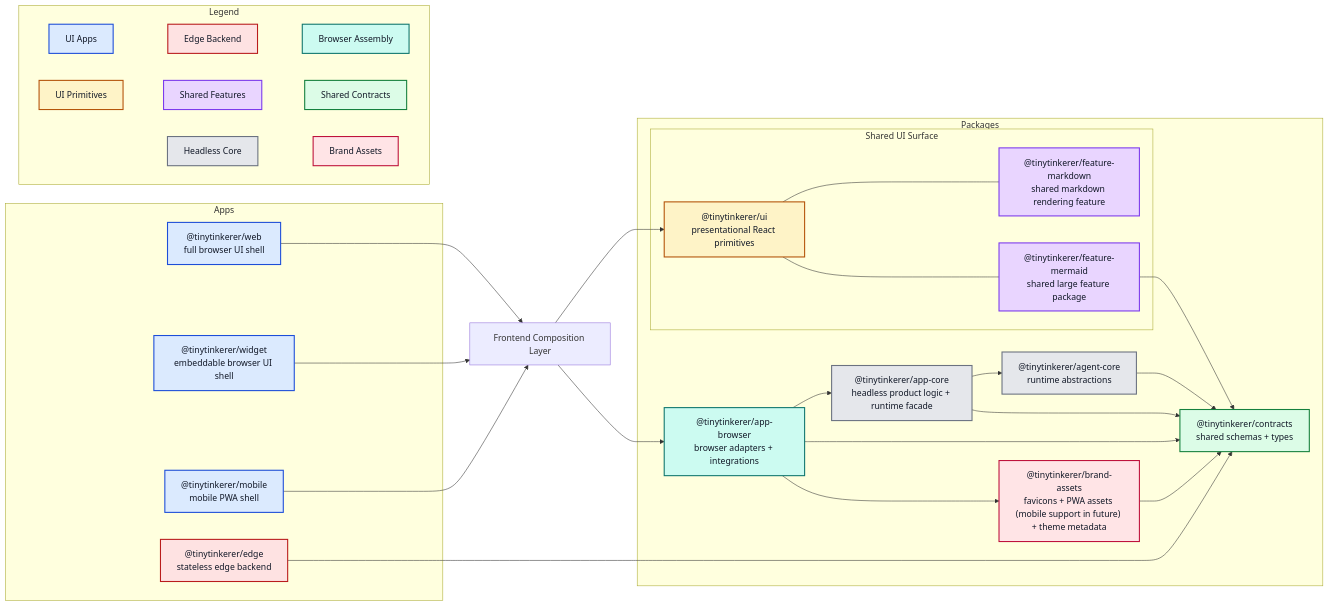
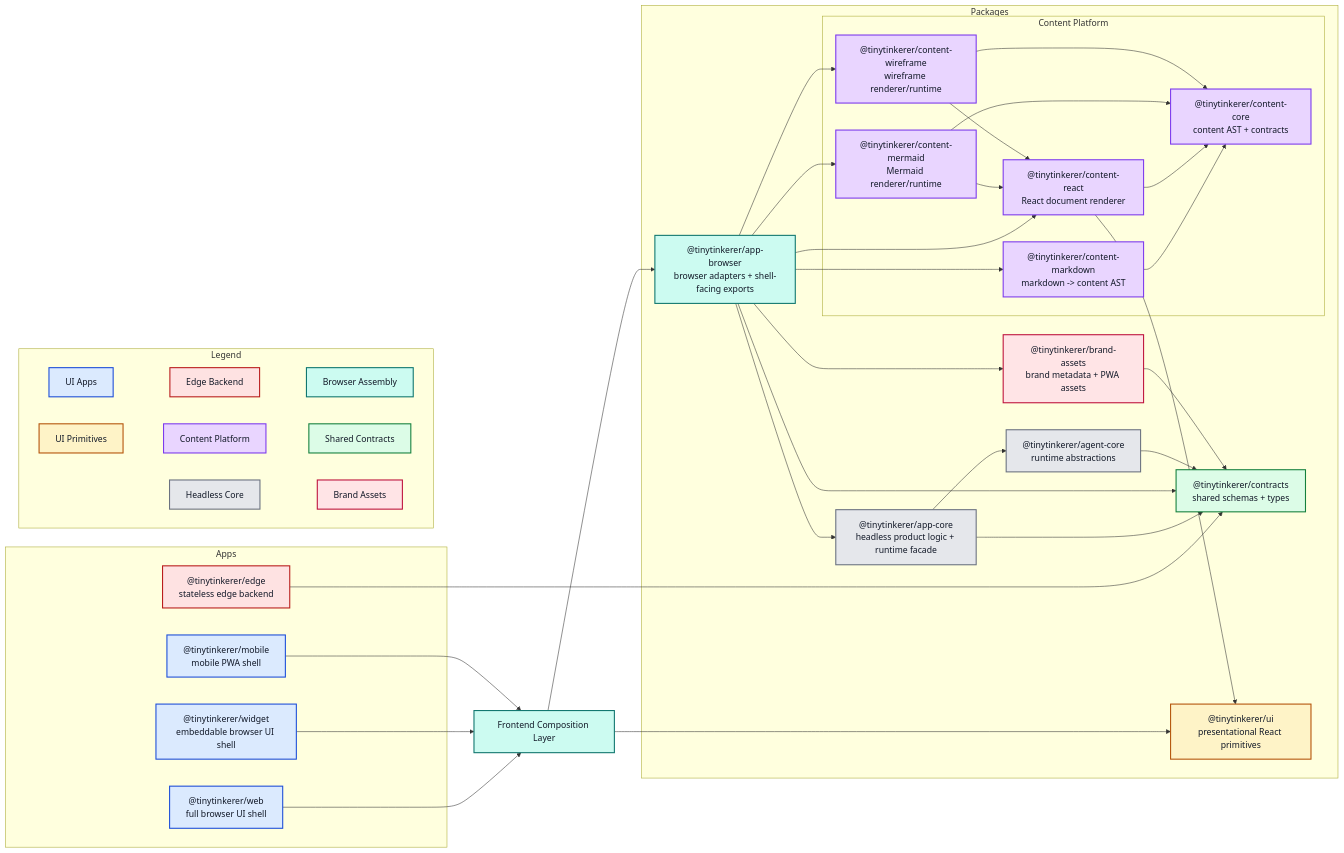
The diagram in docs/ARCHITECTURE.md (NNTin/tinytinkerer), drawn with Mermaid before and after one commit. The commit also changed other lines of this file and 39 other files, not shown here.

```diff
--- a/docs/ARCHITECTURE.md
+++ b/docs/ARCHITECTURE.md
@@ -28,14 +29,16 @@
     contracts["@tinytinkerer/contracts<br/>shared schemas + types"]
     agent["@tinytinkerer/agent-core<br/>runtime abstractions"]
     appcore["@tinytinkerer/app-core<br/>headless product logic + runtime facade"]
-    appbrowser["@tinytinkerer/app-browser<br/>browser adapters + integrations"]
+    appbrowser["@tinytinkerer/app-browser<br/>browser adapters + shell-facing exports"]
+    brand["@tinytinkerer/brand-assets<br/>brand metadata + PWA assets"]
+    ui["@tinytinkerer/ui<br/>presentational React primitives"]
 
-    brand["@tinytinkerer/brand-assets<br/>favicons + PWA assets (mobile support in future) + theme metadata"]
-
-    subgraph SharedUiSurface["Shared UI Surface"]
-      ui["@tinytinkerer/ui<br/>presentational React primitives"]
-      markdown["@tinytinkerer/feature-markdown<br/>shared markdown rendering feature"]
-      mermaid["@tinytinkerer/feature-mermaid<br/>shared large feature package"]
+    subgraph ContentPlatform["Content Platform"]
+      contentcore["@tinytinkerer/content-core<br/>content AST + contracts"]
+      contentmarkdown["@tinytinkerer/content-markdown<br/>markdown -> content AST"]
+      contentreact["@tinytinkerer/content-react<br/>React document renderer"]
+      contentmermaid["@tinytinkerer/content-mermaid<br/>Mermaid renderer/runtime"]
+      contentwireframe["@tinytinkerer/content-wireframe<br/>wireframe renderer/runtime"]
     end
   end
 
@@ -45,23 +48,28 @@
 
   common --> ui
   common --> appbrowser
-  
+
   edge --> contracts
-
   appcore --> agent
   appcore --> contracts
 
   appbrowser --> appcore
   appbrowser --> contracts
   appbrowser --> brand
+  appbrowser --> contentmarkdown
+  appbrowser --> contentreact
+  appbrowser --> contentmermaid
+  appbrowser --> contentwireframe
 
-  ui <--- markdown
-  ui <--- mermaid
-
-  mermaid --> contracts
+  contentmarkdown --> contentcore
+  contentreact --> contentcore
+  contentreact --> ui
+  contentmermaid --> contentcore
+  contentmermaid --> contentreact
+  contentwireframe --> contentcore
+  contentwireframe --> contentreact
 
   agent --> contracts
-  
   brand --> contracts
 
   subgraph Legend
@@ -70,14 +78,14 @@
     legendEdge["Edge Backend"]
     legendBrowser["Browser Assembly"]
     legendUi["UI Primitives"]
-    legendFeature["Shared Features"]
+    legendFeature["Content Platform"]
     legendContracts["Shared Contracts"]
     legendCore["Headless Core"]
     legendBrand["Brand Assets"]
 
     %% ensure legend is rendered properly
-    legendUiApp ~~~ legendEdge ~~~ legendBrowser 
-    legendUi ~~~ legendFeature ~~~ legendContracts 
+    legendUiApp ~~~ legendEdge ~~~ legendBrowser
+    legendUi ~~~ legendFeature ~~~ legendContracts
     legendCore ~~~ legendBrand
   end
 
@@ -92,9 +100,9 @@
 
   class web,widget,mobile,legendUiApp uiApp;
   class edge,legendEdge edgeApp;
-  class appbrowser,legendBrowser browserAssembly;
+  class common,appbrowser,legendBrowser browserAssembly;
   class ui,legendUi uiPrimitives;
-  class markdown,mermaid,legendFeature sharedFeature;
+  class contentcore,contentmarkdown,contentreact,contentmermaid,contentwireframe,legendFeature sharedFeature;
   class contracts,legendContracts contractsLayer;
   class agent,appcore,legendCore coreLayer;
   class brand,legendBrand brandLayer;
```
